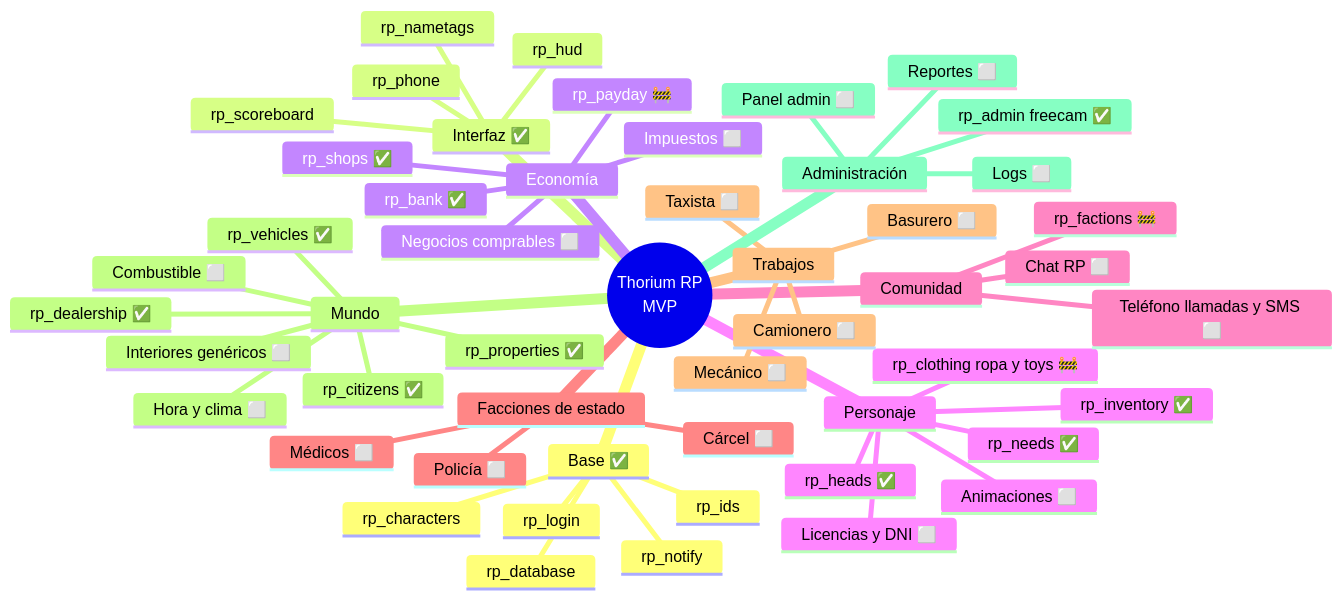
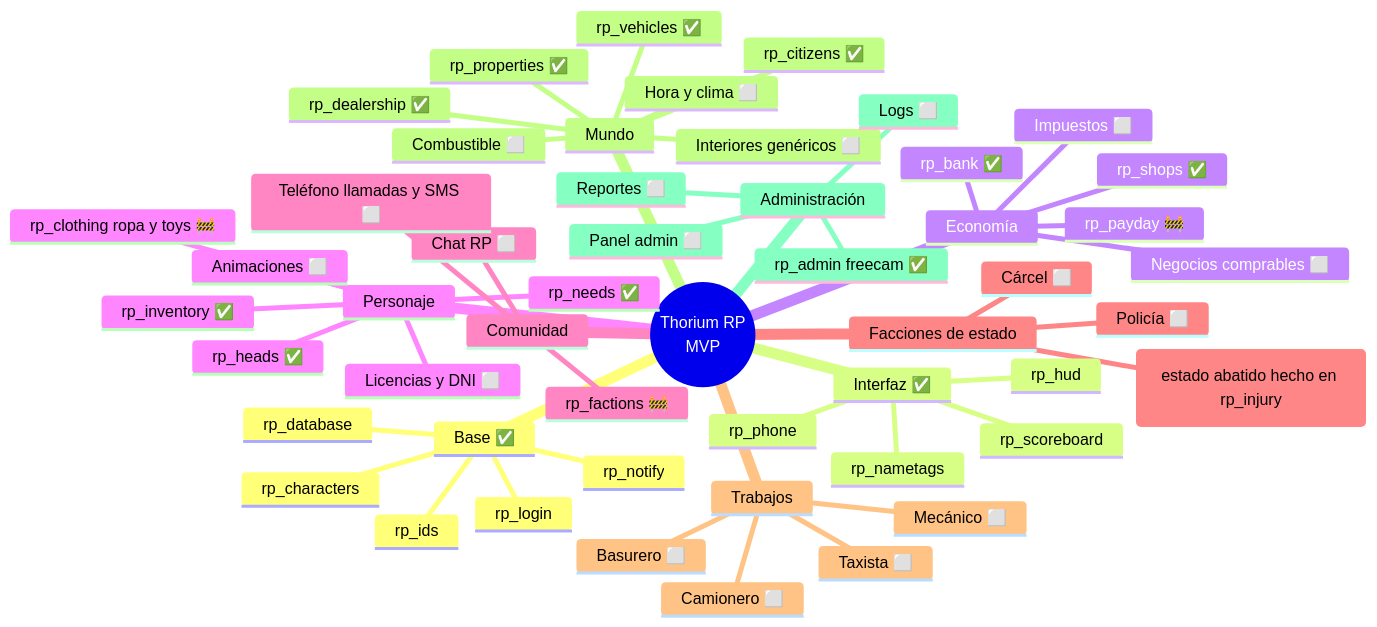
Before and after one commit to zThorium/MTA-SA-Roleplay-Gamemode-Thorium: the diagram in docs/PLAN_MVP.md, drawn with Mermaid. The commit also changed other lines of this file and 2 other files, not shown here.

Commit message:
rp_injury: cobro del hospital asincrono y atomico; docs al dia
Sigue las reglas de CLAUDE.md (sin dbPoll(-1), descuento con AND bank_money >= ?).
Actualiza CLAUDE.md y PLAN_MVP.md con rp_injury.

Claude-Session: https://claude.ai/code/session_01WW3sL9sJoyDyXQm75Wtmwq

````diff
--- a/docs/PLAN_MVP.md
+++ b/docs/PLAN_MVP.md
@@ -9,54 +9,54 @@
 ```mermaid
 mindmap
   root((Thorium RP<br/>MVP))
     Base ✅
       rp_database
       rp_login
       rp_characters
       rp_ids
       rp_notify
     Interfaz ✅
       rp_hud
       rp_scoreboard
       rp_nametags
       rp_phone
     Economía
       rp_bank ✅
       rp_shops ✅
       rp_payday 🚧
       Impuestos ⬜
       Negocios comprables ⬜
     Personaje
       rp_heads ✅
       rp_needs ✅
       rp_inventory ✅
       rp_clothing ropa y toys 🚧
       Animaciones ⬜
       Licencias y DNI ⬜
     Comunidad
       rp_factions 🚧
       Chat RP ⬜
       Teléfono llamadas y SMS ⬜
     Facciones de estado
       Policía ⬜
-      Médicos ⬜
+      Médicos 🚧 (estado abatido hecho en rp_injury)
       Cárcel ⬜
     Trabajos
       Camionero ⬜
       Basurero ⬜
       Taxista ⬜
       Mecánico ⬜
     Mundo
       rp_properties ✅
       rp_vehicles ✅
       rp_dealership ✅
       rp_citizens ✅
       Combustible ⬜
       Interiores genéricos ⬜
       Hora y clima ⬜
     Administración
       rp_admin freecam ✅
       Panel admin ⬜
       Reportes ⬜
       Logs ⬜
 ```
````
